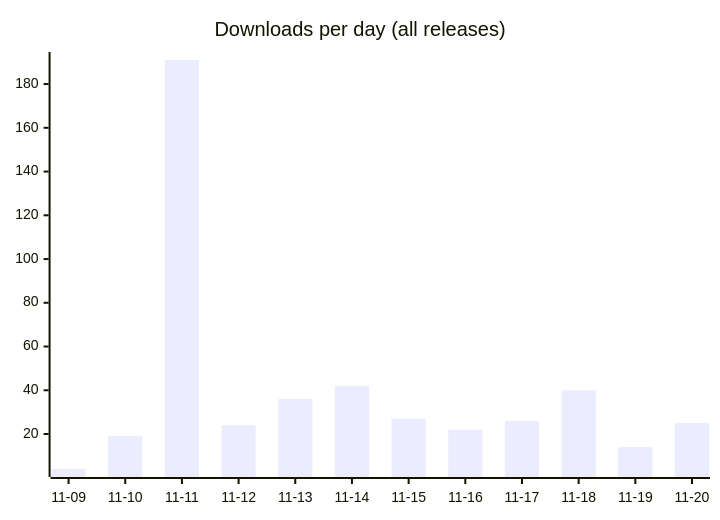
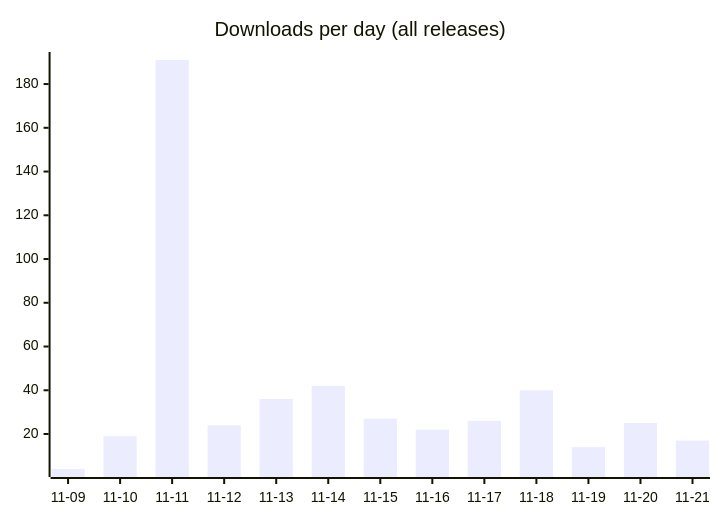
The first of 2 diagrams in README.md (fmadore/Live-translation), drawn with Mermaid before and after one commit. The commit also changed other lines of this file and 3 other files, not shown here.

````diff
--- a/README.md
+++ b/README.md
@@ -56,6 +56,6 @@
 ```mermaid
 xychart-beta
     title "Downloads per day (all releases)"
-    x-axis ["11-09", "11-10", "11-11", "11-12", "11-13", "11-14", "11-15", "11-16", "11-17", "11-18", "11-19", "11-20"]
-    bar [4, 19, 191, 24, 36, 42, 27, 22, 26, 40, 14, 25]
+    x-axis ["11-09", "11-10", "11-11", "11-12", "11-13", "11-14", "11-15", "11-16", "11-17", "11-18", "11-19", "11-20", "11-21"]
+    bar [4, 19, 191, 24, 36, 42, 27, 22, 26, 40, 14, 25, 17]
 ```
````
